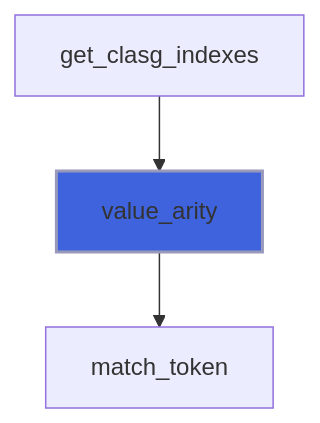
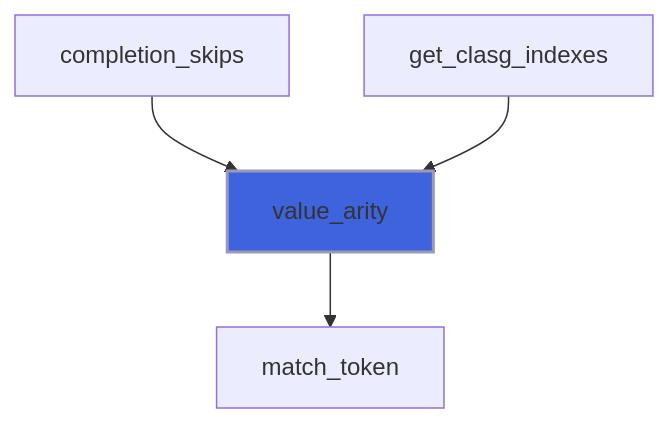
One commit to szaghi/FLAP changed diagram 31 of 40 in docs/api/src/lib/flap_command_line_arguments_group_t.md. Above: the diagram before and after it, drawn with Mermaid. The commit also changed other lines of this file and 13 other files, not shown here.

````diff
--- a/docs/api/src/lib/flap_command_line_arguments_group_t.md
+++ b/docs/api/src/lib/flap_command_line_arguments_group_t.md
@@ -1167,6 +1169,7 @@
 ```mermaid
 flowchart TD
+  completion_skips["completion_skips"] --> value_arity["value_arity"]
   get_clasg_indexes["get_clasg_indexes"] --> value_arity["value_arity"]
   value_arity["value_arity"] --> match_token["match_token"]
   style value_arity fill:#3e63dd,stroke:#99b,stroke-width:2px
 ```
````
